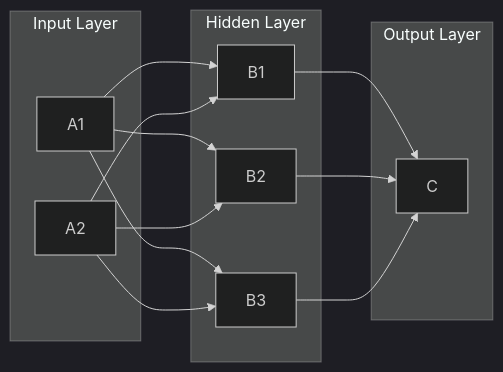
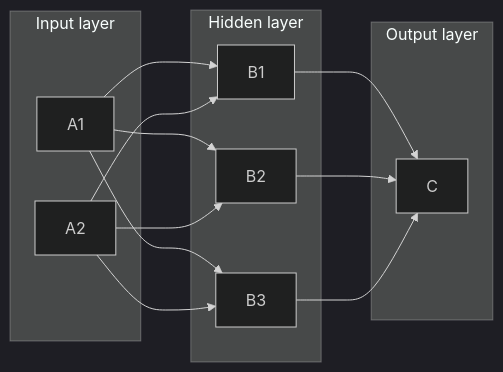
One commit to Mr-xiaotian/CelestialFlow changed the third of 11 diagrams in docs/en/demo/demo_structure.md. Above: the diagram before and after it, drawn with Mermaid (dark theme). The commit also changed other lines of this file and 278 other files, not shown here.

````diff
--- a/docs/en/demo/demo_structure.md
+++ b/docs/en/demo/demo_structure.md
@@ -65,25 +65,25 @@
 ```mermaid
 flowchart LR
-    subgraph Input["Input Layer"]
+    subgraph Input["Input layer"]
         A1["A1"]
         A2["A2"]
     end
-    subgraph Hidden["Hidden Layer"]
+    subgraph Hidden["Hidden layer"]
         B1["B1"]
         B2["B2"]
         B3["B3"]
     end
-    subgraph Output["Output Layer"]
+    subgraph Output["Output layer"]
         C["C"]
     end
 
     A1 --> B1
     A1 --> B2
     A1 --> B3
     A2 --> B1
     A2 --> B2
     A2 --> B3
     B1 --> C
     B2 --> C
     B3 --> C
 ```
````
